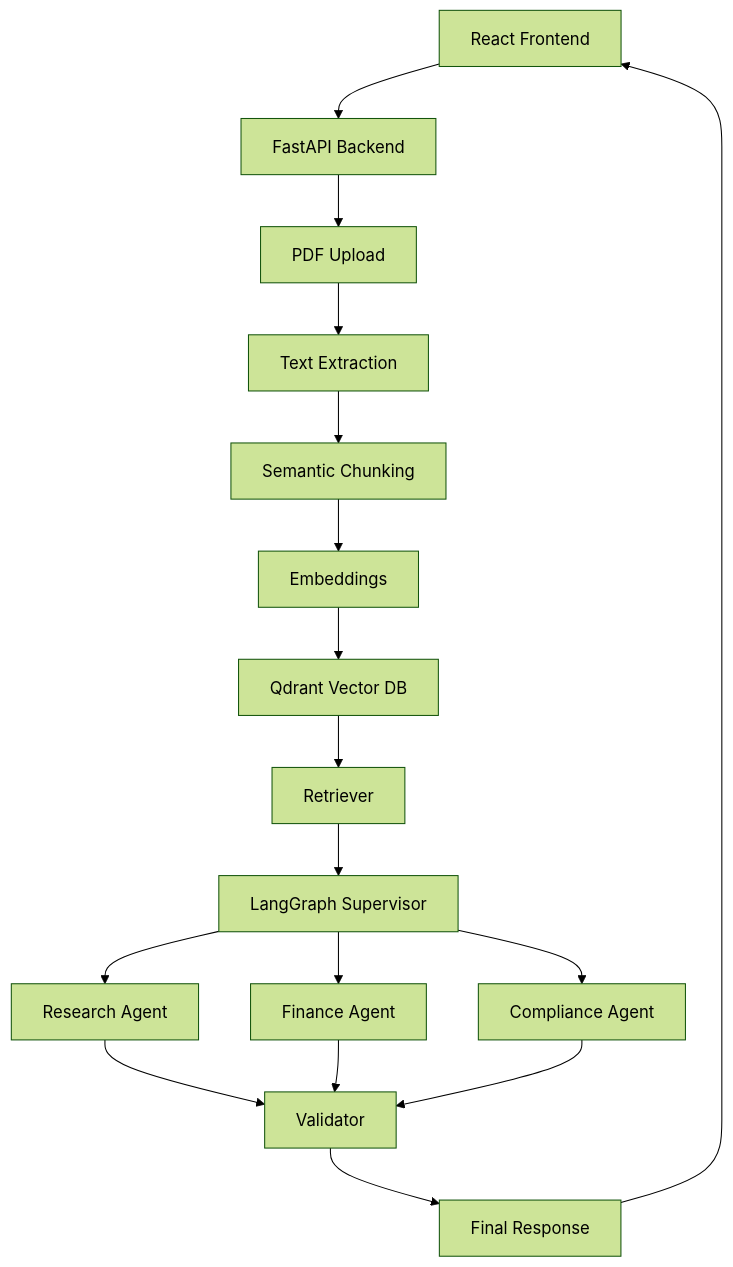
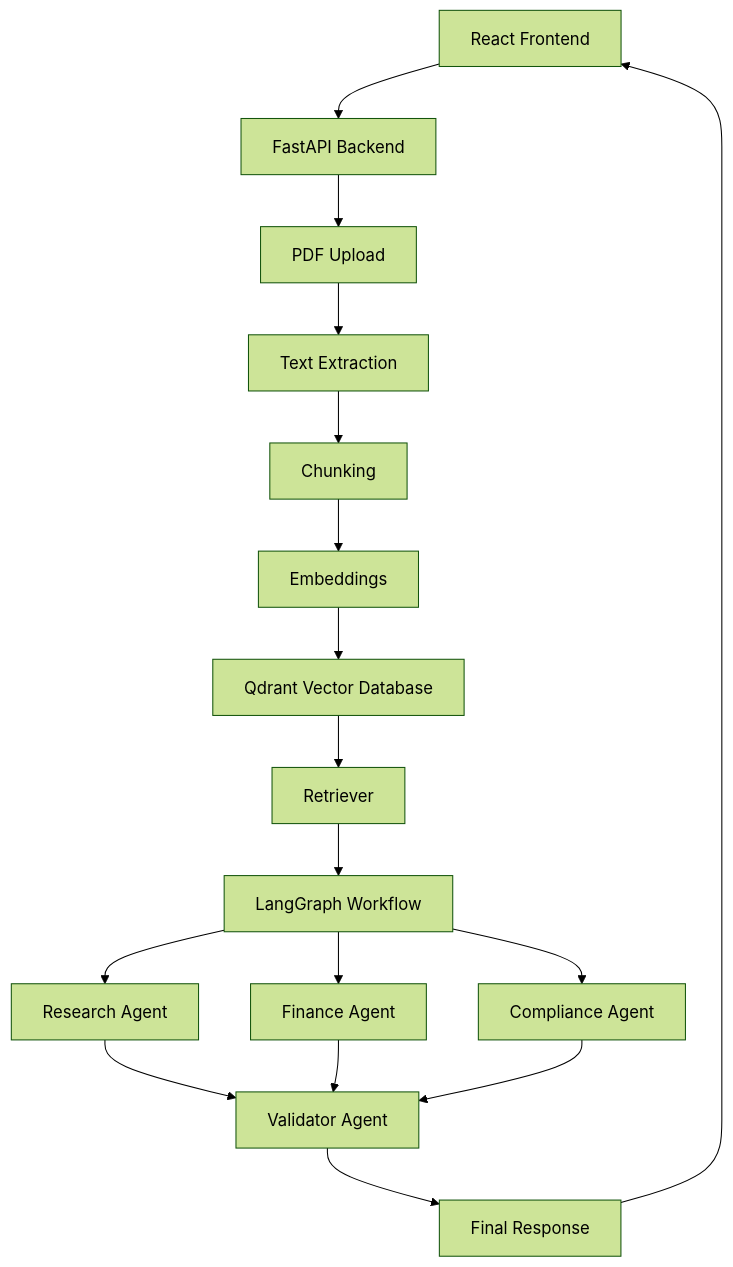
The first of 2 diagrams in README.md (MaarreeJ/qwen-agent-society), drawn with Mermaid (forest theme) before and after one commit. The commit also changed other lines of this file, not shown here.

Commit message:
Professional README with architecture and workflow

````diff
--- a/README.md
+++ b/README.md
@@ -17,27 +25,27 @@
 ```mermaid
 flowchart TD
 
 A[React Frontend] --> B[FastAPI Backend]
 
 B --> C[PDF Upload]
 C --> D[Text Extraction]
-D --> E[Semantic Chunking]
+D --> E[Chunking]
 E --> F[Embeddings]
-F --> G[Qdrant Vector DB]
+F --> G[Qdrant Vector Database]
 
 G --> H[Retriever]
 
-H --> I[LangGraph Supervisor]
+H --> I[LangGraph Workflow]
 
 I --> J[Research Agent]
 I --> K[Finance Agent]
 I --> L[Compliance Agent]
 
-J --> M[Validator]
+J --> M[Validator Agent]
 K --> M
 L --> M
 
 M --> N[Final Response]
 
 N --> A
 ```
````
